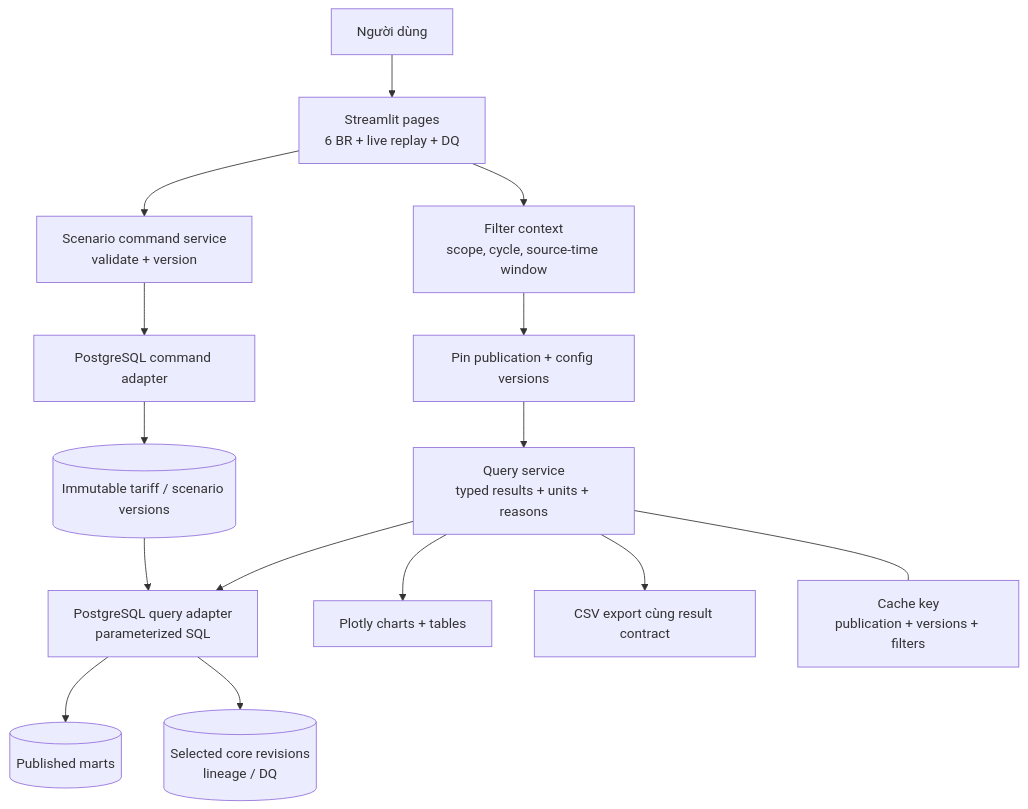
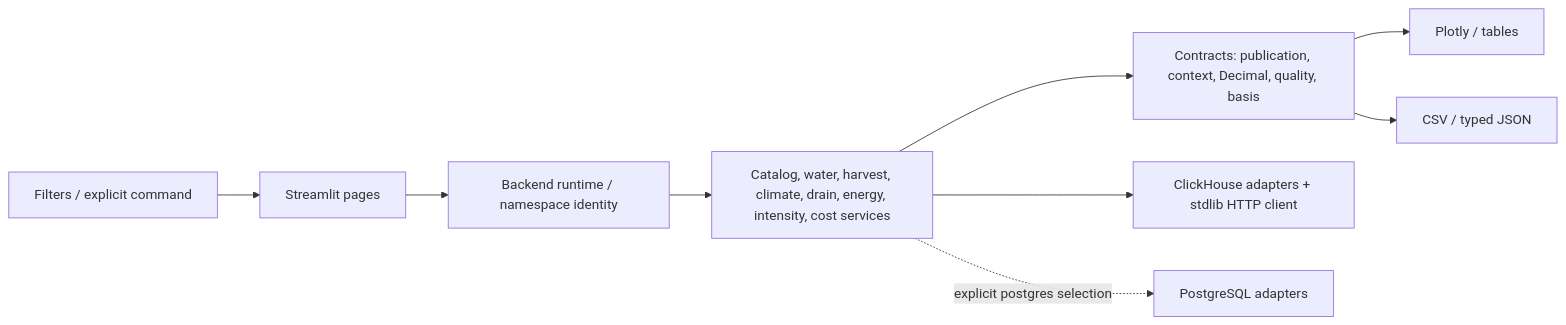
The first of 2 diagrams in docs/architecture/08-application-contracts.md (arcanine525/smart-green-house), drawn with Mermaid before and after one commit. The commit also changed other lines of this file and 47 other files, not shown here.

````diff
--- a/docs/architecture/08-application-contracts.md
+++ b/docs/architecture/08-application-contracts.md
@@ -5,17 +7,11 @@
 ```mermaid
-flowchart TB
-    USER["Người dùng"] --> UI["Streamlit pages<br/>6 BR + live replay + DQ"]
-    UI --> FILTER["Filter context<br/>scope, cycle, source-time window"]
-    FILTER --> PIN["Pin publication + config versions"]
-    PIN --> QUERY["Query service<br/>typed results + units + reasons"]
-    QUERY --> PG["PostgreSQL query adapter<br/>parameterized SQL"]
-    PG --> MART[("Published marts")]
-    PG --> CORE[("Selected core revisions<br/>lineage / DQ")]
-    QUERY --> CHART["Plotly charts + tables"]
-    QUERY --> EXPORT["CSV export cùng result contract"]
-    UI --> CMD["Scenario command service<br/>validate + version"]
-    CMD --> WRITE["PostgreSQL command adapter"]
-    WRITE --> CONFIG[("Immutable tariff / scenario versions")]
-    CONFIG --> PG
-    QUERY --- CACHE["Cache key<br/>publication + versions + filters"]
+flowchart LR
+    USER["Filters / explicit command"] --> UI["Streamlit pages"]
+    UI --> RT["Backend runtime / namespace identity"]
+    RT --> SVC["Catalog, water, harvest, climate, drain, energy, intensity, cost services"]
+    SVC --> DTO["Contracts: publication, context, Decimal, quality, basis"]
+    SVC --> CH["ClickHouse adapters + stdlib HTTP client"]
+    SVC -. "explicit postgres selection" .-> PG["PostgreSQL adapters"]
+    DTO --> PLOT["Plotly / tables"]
+    DTO --> EXPORT["CSV / typed JSON"]
 ```
````
